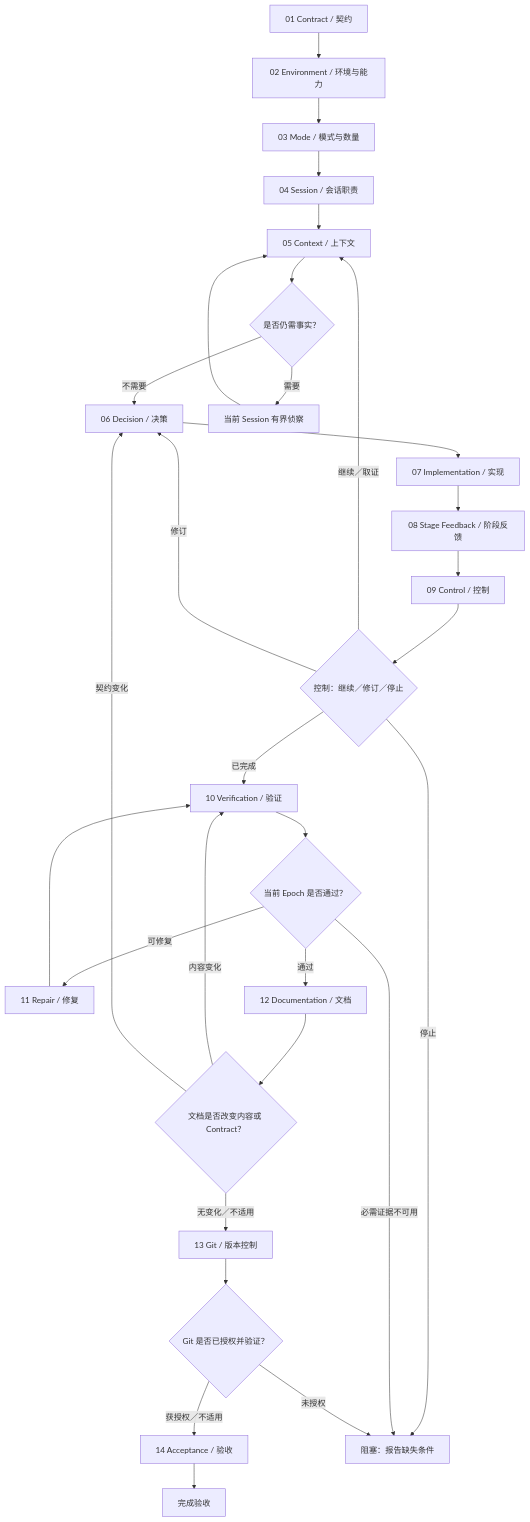
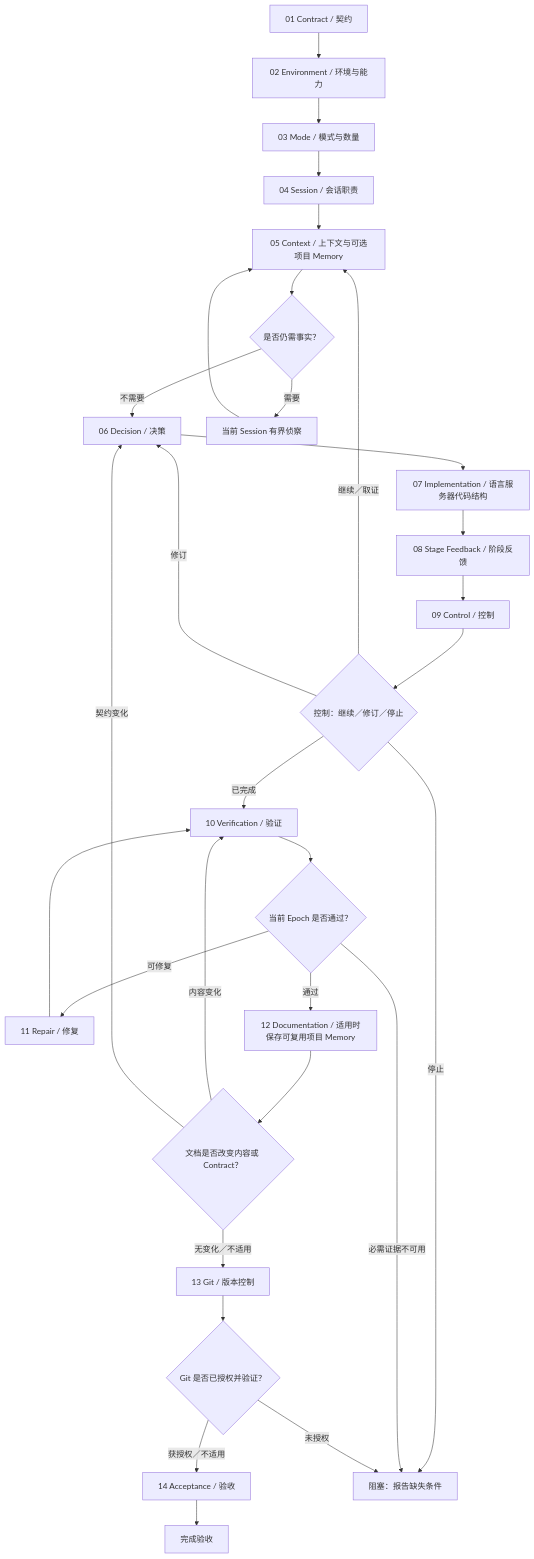
One commit to john-z-huang/token-io-decoupling changed the diagram in references/coding/layer-03-workflows/coding-single-agent_zh_cn.md. Above: the diagram before and after it, drawn with Mermaid. The commit also changed other lines of this file and 25 other files, not shown here.

````diff
--- a/references/coding/layer-03-workflows/coding-single-agent_zh_cn.md
+++ b/references/coding/layer-03-workflows/coding-single-agent_zh_cn.md
@@ -9,54 +9,54 @@
 ```mermaid
 flowchart TD
     S01["01 Contract / 契约"]
     S02["02 Environment / 环境与能力"]
     S03["03 Mode / 模式与数量"]
     S04["04 Session / 会话职责"]
-    S05["05 Context / 上下文"]
+    S05["05 Context / 上下文与可选项目 Memory"]
     S06["06 Decision / 决策"]
-    S07["07 Implementation / 实现"]
+    S07["07 Implementation / 语言服务器代码结构"]
     S08["08 Stage Feedback / 阶段反馈"]
     S09["09 Control / 控制"]
     S10["10 Verification / 验证"]
     S11["11 Repair / 修复"]
-    S12["12 Documentation / 文档"]
+    S12["12 Documentation / 适用时保存可复用项目 Memory"]
     S13["13 Git / 版本控制"]
     S14["14 Acceptance / 验收"]
     D_RECON{"是否仍需事实？"}
     ACT_RECON["当前 Session 有界侦察"]
     D_CONTROL{"控制：继续／修订／停止"}
     D_VERIFY{"当前 Epoch 是否通过？"}
     D_DOC{"文档是否改变内容或 Contract？"}
     D_GIT{"Git 是否已授权并验证？"}
     BLOCK["阻塞：报告缺失条件"]
     DONE["完成验收"]
     S01 --> S02
     S02 --> S03
     S03 --> S04
     S04 --> S05
     S05 --> D_RECON
     D_RECON -- 需要 --> ACT_RECON
     ACT_RECON --> S05
     D_RECON -- 不需要 --> S06
     S06 --> S07
     S07 --> S08
     S08 --> S09
     S09 --> D_CONTROL
     D_CONTROL -- 继续／取证 --> S05
     D_CONTROL -- 修订 --> S06
     D_CONTROL -- 已完成 --> S10
     D_CONTROL -- 停止 --> BLOCK
     S10 --> D_VERIFY
     D_VERIFY -- 可修复 --> S11
     D_VERIFY -- 通过 --> S12
     D_VERIFY -- 必需证据不可用 --> BLOCK
     S11 --> S10
     S12 --> D_DOC
     D_DOC -- 内容变化 --> S10
     D_DOC -- 契约变化 --> S06
     D_DOC -- 无变化／不适用 --> S13
     S13 --> D_GIT
     D_GIT -- 获授权／不适用 --> S14
     D_GIT -- 未授权 --> BLOCK
     S14 --> DONE
 ```
````
